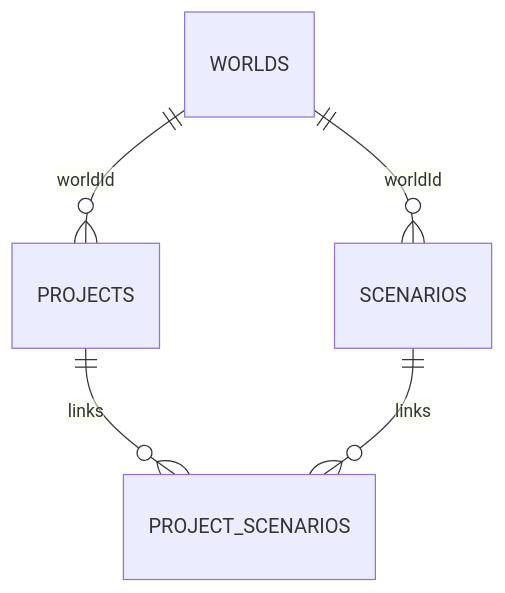
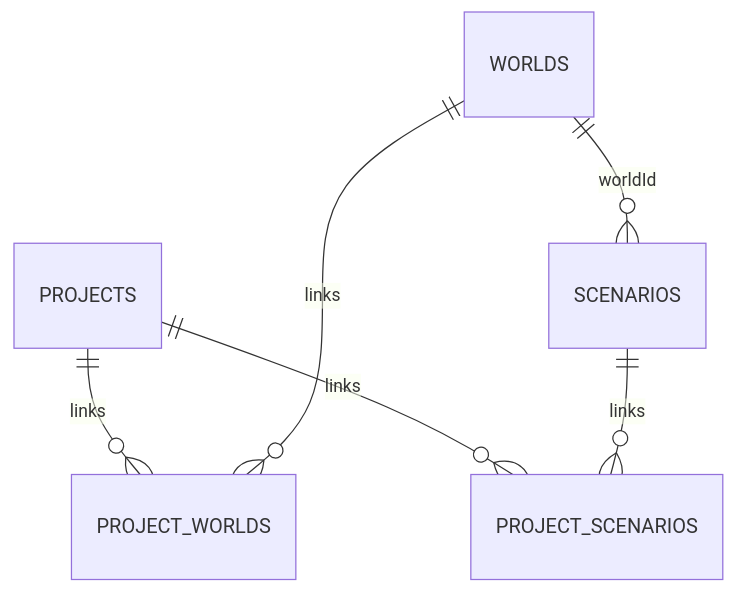
One commit to The-Sims-Digipen/Fleet-Project changed the diagram in docs/tech/contracts.md. Above: the diagram before and after it, drawn with Mermaid. The commit also changed other lines of this file and 17 other files, not shown here.

````diff
--- a/docs/tech/contracts.md
+++ b/docs/tech/contracts.md
@@ -45,7 +46,8 @@
 ```mermaid
 erDiagram
-  WORLDS ||--o{ PROJECTS : "worldId"
+  PROJECTS ||--o{ PROJECT_WORLDS : links
+  WORLDS ||--o{ PROJECT_WORLDS : links
   WORLDS ||--o{ SCENARIOS : "worldId"
   PROJECTS ||--o{ PROJECT_SCENARIOS : links
   SCENARIOS ||--o{ PROJECT_SCENARIOS : links
 ```
````
